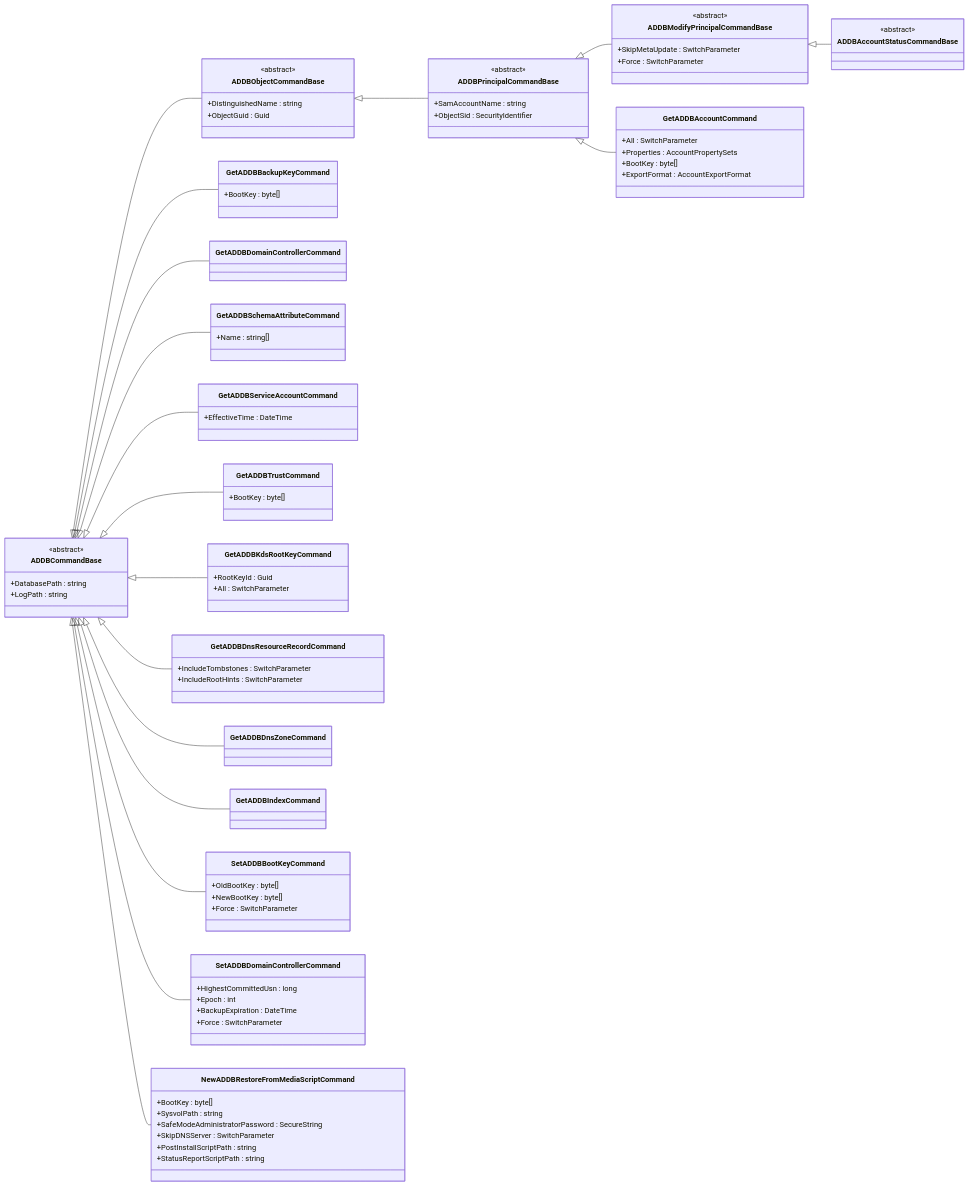
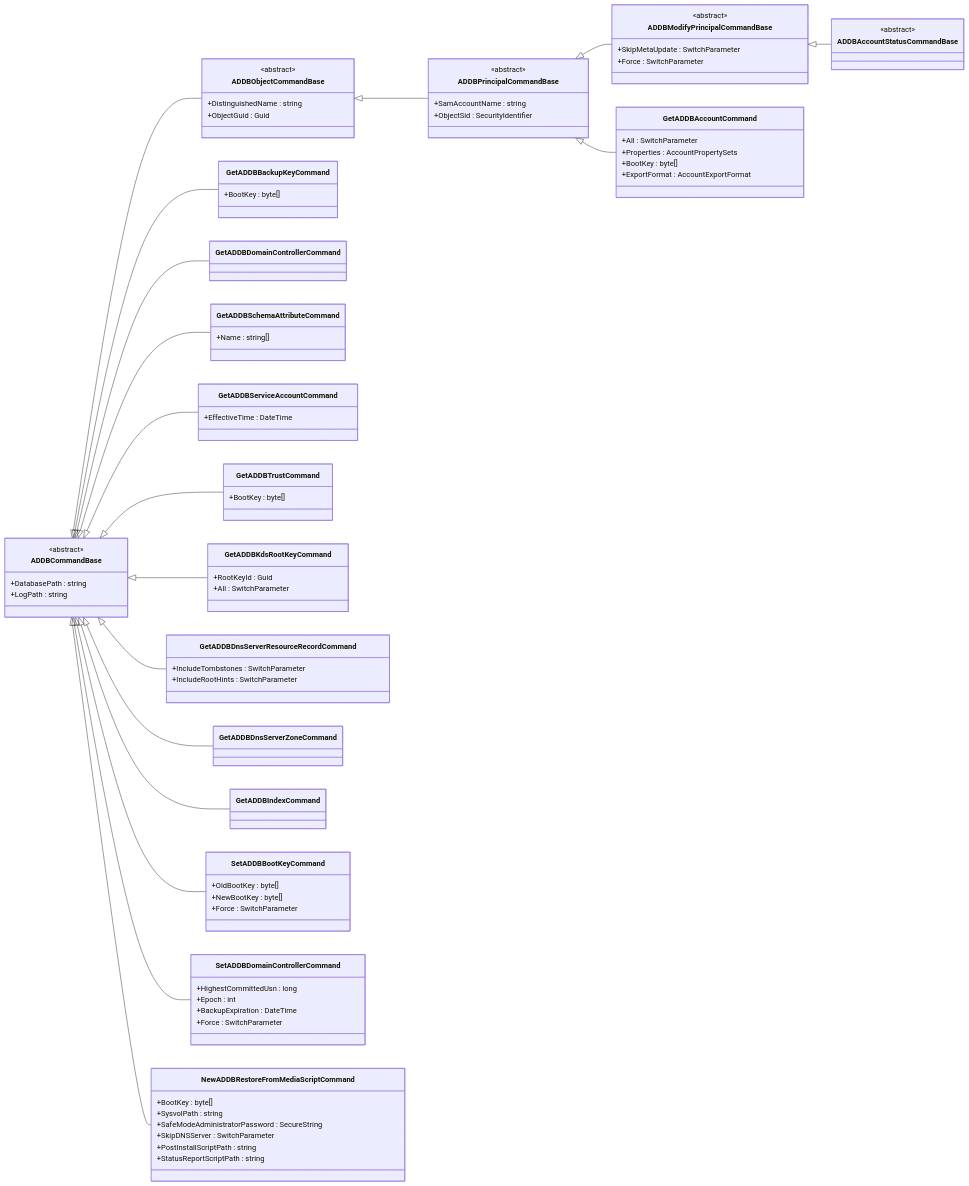
One commit to MichaelGrafnetter/DSInternals changed the second of 8 diagrams in Src/DSInternals.PowerShell/Commands/README.md. Above: the diagram before and after it, drawn with Mermaid. The commit also changed 13 other files, not shown here.

```diff
--- a/Src/DSInternals.PowerShell/Commands/README.md
+++ b/Src/DSInternals.PowerShell/Commands/README.md
@@ -105,11 +105,11 @@
         +RootKeyId : Guid
         +All : SwitchParameter
     }
-    class GetADDBDnsResourceRecordCommand {
+    class GetADDBDnsServerResourceRecordCommand {
         +IncludeTombstones : SwitchParameter
         +IncludeRootHints : SwitchParameter
     }
-    class GetADDBDnsZoneCommand
+    class GetADDBDnsServerZoneCommand
     class GetADDBIndexCommand
     class SetADDBBootKeyCommand {
         +OldBootKey : byte[]
@@ -137,8 +137,8 @@
     ADDBCommandBase <|-- GetADDBServiceAccountCommand
     ADDBCommandBase <|-- GetADDBTrustCommand
     ADDBCommandBase <|-- GetADDBKdsRootKeyCommand
-    ADDBCommandBase <|-- GetADDBDnsResourceRecordCommand
-    ADDBCommandBase <|-- GetADDBDnsZoneCommand
+    ADDBCommandBase <|-- GetADDBDnsServerResourceRecordCommand
+    ADDBCommandBase <|-- GetADDBDnsServerZoneCommand
     ADDBCommandBase <|-- GetADDBIndexCommand
     ADDBCommandBase <|-- SetADDBBootKeyCommand
     ADDBCommandBase <|-- SetADDBDomainControllerCommand
```
